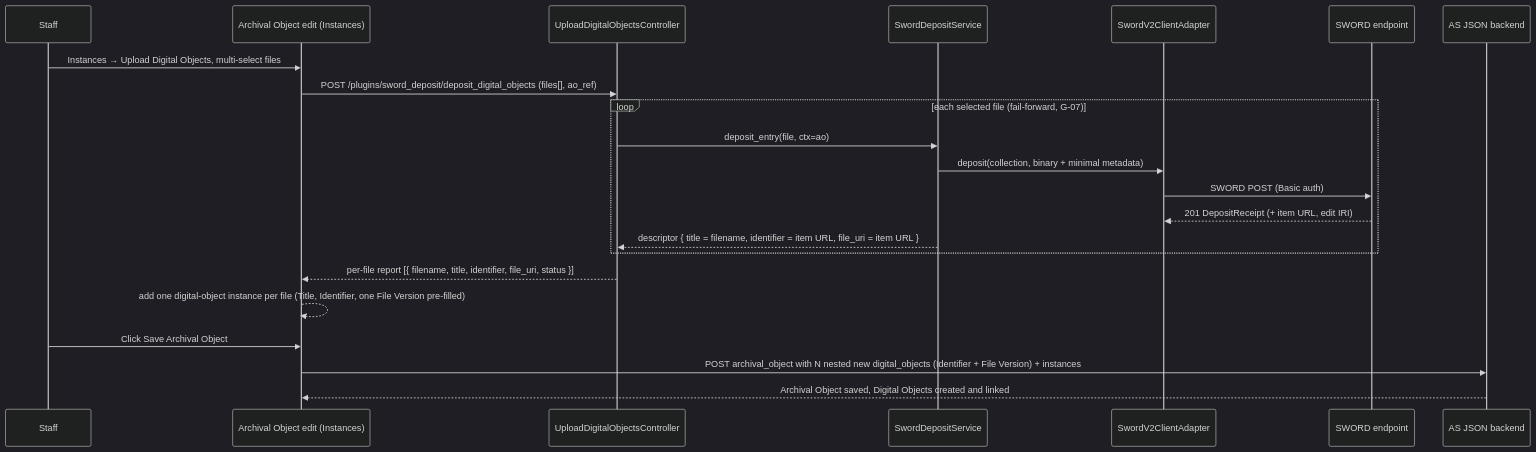
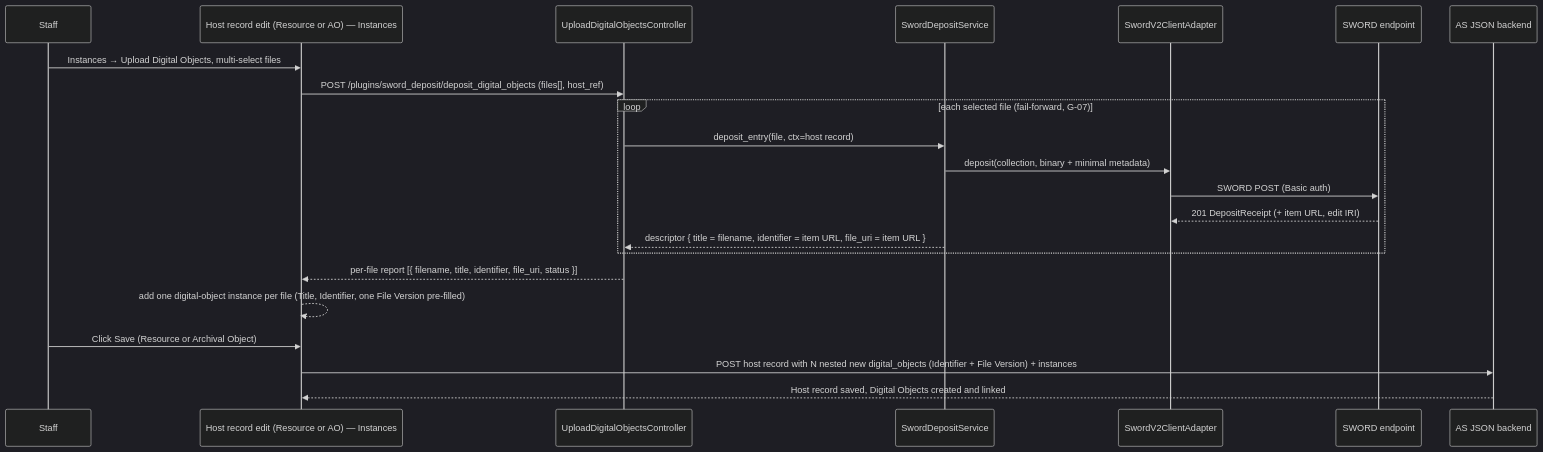
One commit to ryanttb/LyrasisInteroperabilityProject changed the fourth of 4 diagrams in specs/A3-4-dev-high-as-sword-deposit.md. Above: the diagram before and after it, drawn with Mermaid (dark theme). The commit also changed other lines of this file and 2 other files, not shown here.

Commit message:
A3-4 add Resources as host record

````diff
--- a/specs/A3-4-dev-high-as-sword-deposit.md
+++ b/specs/A3-4-dev-high-as-sword-deposit.md
@@ -803,25 +808,25 @@
 ```mermaid
 sequenceDiagram
   participant S as Staff
-  participant UI as Archival Object edit (Instances)
+  participant UI as Host record edit (Resource or AO) — Instances
   participant C as UploadDigitalObjectsController
   participant Svc as SwordDepositService
   participant A as SwordV2ClientAdapter
   participant DS as SWORD endpoint
   participant B as AS JSON backend
 
   S->>UI: Instances → Upload Digital Objects, multi-select files
-  UI->>C: POST /plugins/sword_deposit/deposit_digital_objects (files[], ao_ref)
+  UI->>C: POST /plugins/sword_deposit/deposit_digital_objects (files[], host_ref)
   loop each selected file (fail-forward, G-07)
-    C->>Svc: deposit_entry(file, ctx=ao)
+    C->>Svc: deposit_entry(file, ctx=host record)
     Svc->>A: deposit(collection, binary + minimal metadata)
     A->>DS: SWORD POST (Basic auth)
     DS-->>A: 201 DepositReceipt (+ item URL, edit IRI)
     Svc-->>C: descriptor { title = filename, identifier = item URL, file_uri = item URL }
   end
   C-->>UI: per-file report [{ filename, title, identifier, file_uri, status }]
   UI-->>UI: add one digital-object instance per file (Title, Identifier, one File Version pre-filled)
-  S->>UI: Click Save Archival Object
-  UI->>B: POST archival_object with N nested new digital_objects (Identifier + File Version) + instances
-  B-->>UI: Archival Object saved, Digital Objects created and linked
+  S->>UI: Click Save (Resource or Archival Object)
+  UI->>B: POST host record with N nested new digital_objects (Identifier + File Version) + instances
+  B-->>UI: Host record saved, Digital Objects created and linked
 ```
````
